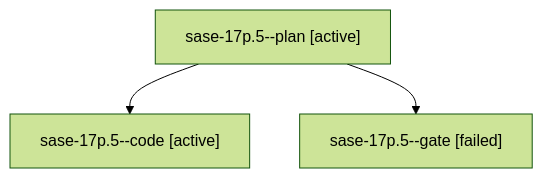
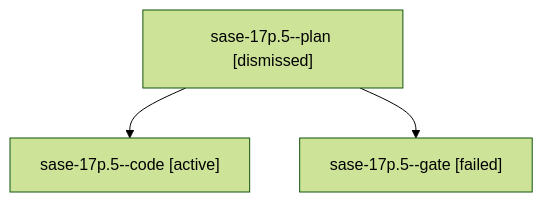
Before and after one commit to sase-org/sase--agents: the diagram in sessions/bbugyi200.athena.sase-17p.5.md, drawn with Mermaid (forest theme). The commit also changed other lines of this file and 179 other files, not shown here.

````diff
--- a/sessions/bbugyi200.athena.sase-17p.5.md
+++ b/sessions/bbugyi200.athena.sase-17p.5.md
@@ -9,8 +9,8 @@
 ```mermaid
 flowchart TD
-  n0["sase-17p.5--plan [active]"]
+  n0["sase-17p.5--plan [dismissed]"]
   n1["sase-17p.5--code [active]"]
   n0 --> n1
   n2["sase-17p.5--gate [failed]"]
   n0 --> n2
 ```
````
